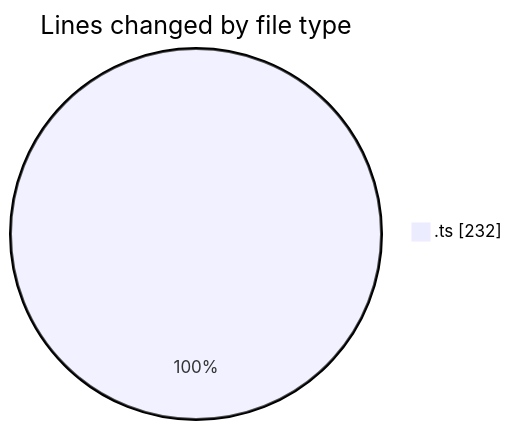
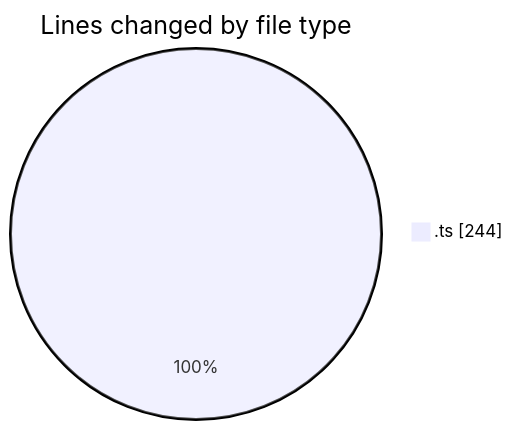
The first of 2 diagrams in 2026-05-06/nxtqube_webapp/README.md (nxtqubesakshisongat/code-tracking), drawn with Mermaid before and after one commit. The commit also changed other lines of this file and 1 other file, not shown here.

````diff
--- a/2026-05-06/nxtqube_webapp/README.md
+++ b/2026-05-06/nxtqube_webapp/README.md
@@ -21,5 +21,5 @@
 ```mermaid
 pie showData
 title Lines changed by file type
-".ts" : 232
+".ts" : 244
 ```
````
